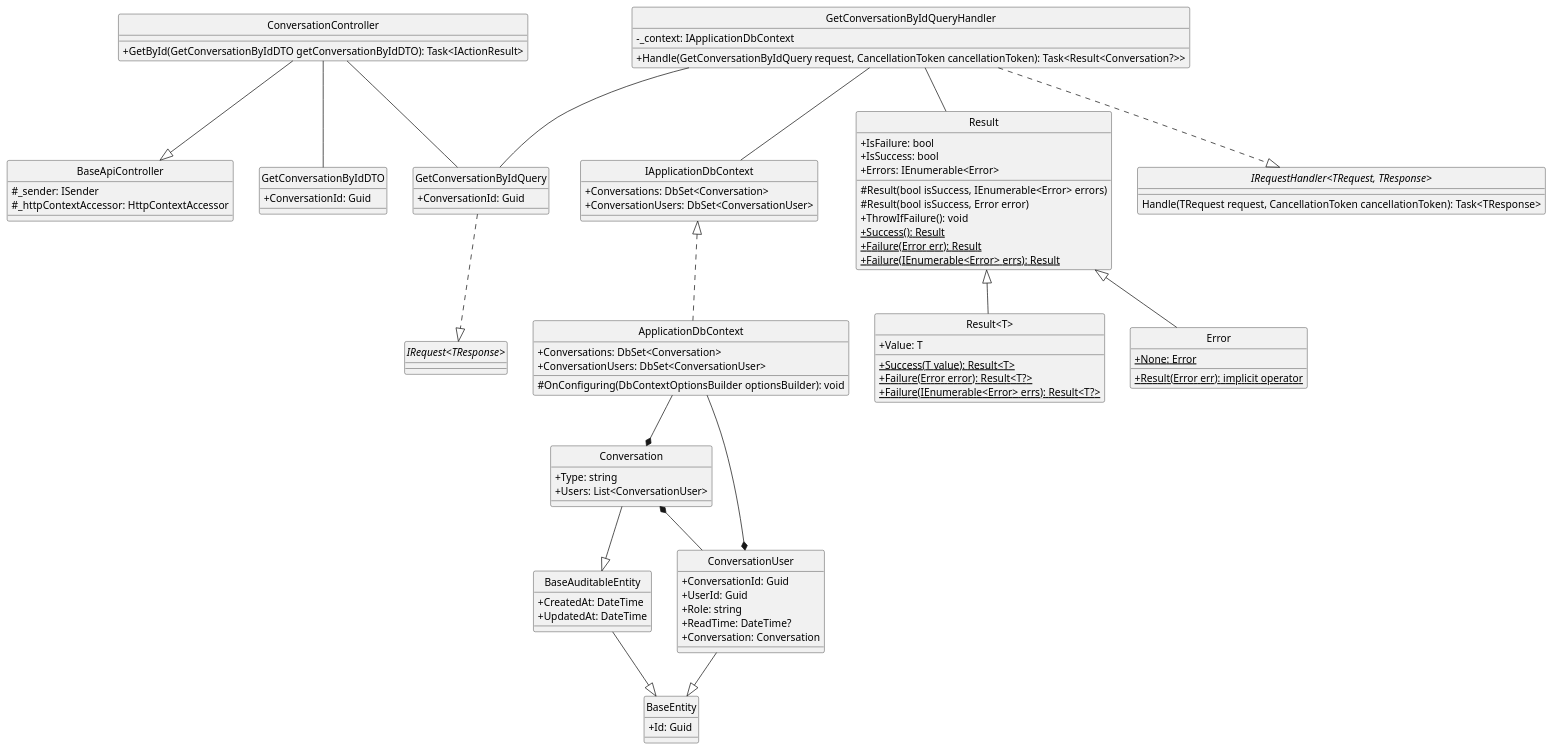
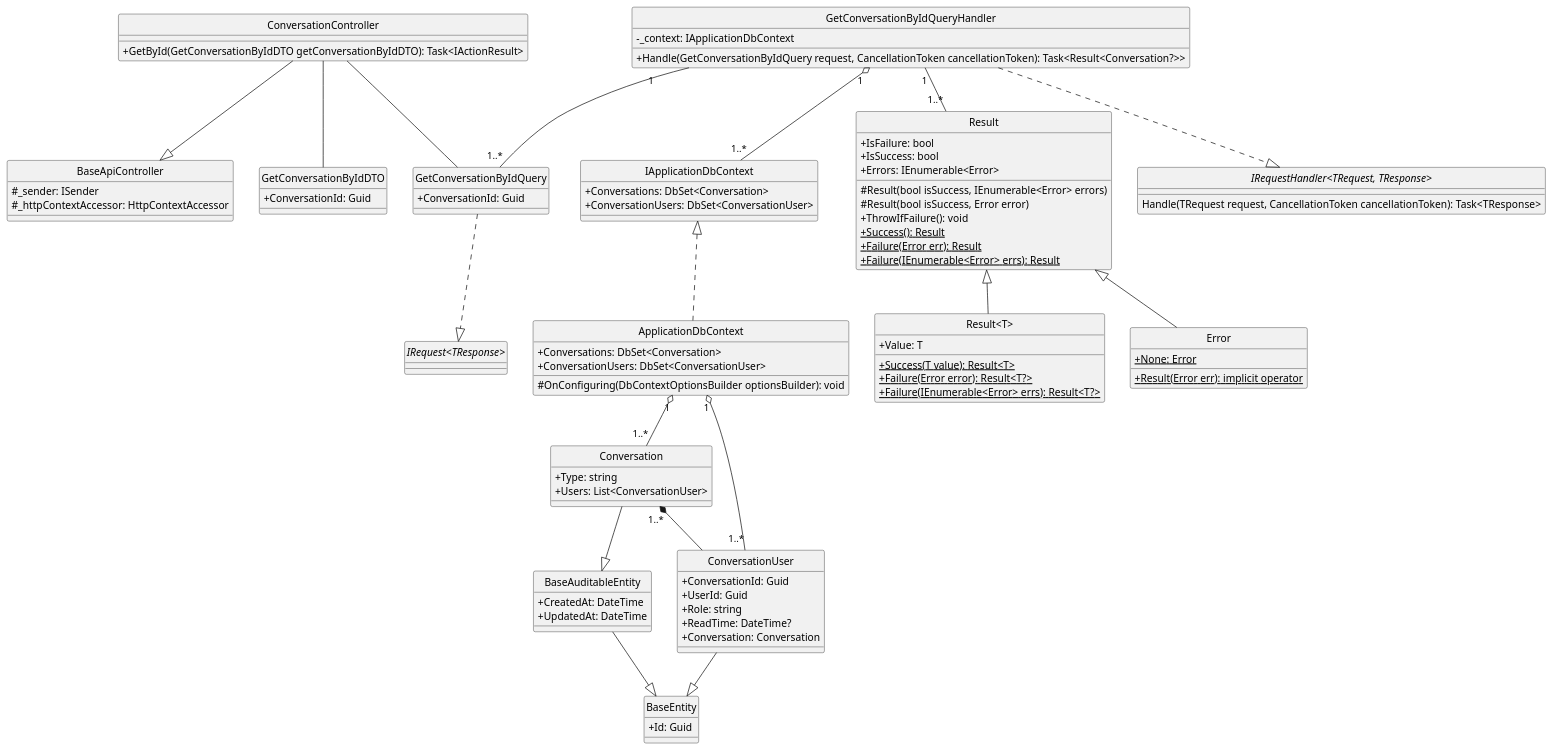
One commit to Carl-Johnsons/Chat-Application changed the diagram in docs/Class Diagram/Conversation/GetById/ClassDiagram.plantuml. Above: the diagram before and after it, drawn with PlantUML. The commit also changed 5 other files, not shown here.

```diff
--- a/docs/Class Diagram/Conversation/GetById/ClassDiagram.plantuml
+++ b/docs/Class Diagram/Conversation/GetById/ClassDiagram.plantuml
@@ -1,111 +1,111 @@
-@startuml getConversationById
+@startuml
 hide circle
 skinparam classAttributeIconSize 0
 
 class BaseApiController {
     #_sender: ISender
     #_httpContextAccessor: HttpContextAccessor 
 }
 
 class ConversationController {
     +GetById(GetConversationByIdDTO getConversationByIdDTO): Task<IActionResult>
 }
 
 class GetConversationByIdQuery {
     +ConversationId: Guid
 }
 
 class GetConversationByIdQueryHandler {
     -_context: IApplicationDbContext
     +Handle(GetConversationByIdQuery request, CancellationToken cancellationToken): Task<Result<Conversation?>> 
 }
 
 class IApplicationDbContext {
     +Conversations: DbSet<Conversation>
     +ConversationUsers: DbSet<ConversationUser>
 }
 
 class ApplicationDbContext {
     +Conversations: DbSet<Conversation>
     +ConversationUsers: DbSet<ConversationUser>
     #OnConfiguring(DbContextOptionsBuilder optionsBuilder): void
 }
 
 class Result {
     +IsFailure: bool
     +IsSuccess: bool
     +Errors: IEnumerable<Error>
     #Result(bool isSuccess, IEnumerable<Error> errors)
     #Result(bool isSuccess, Error error)
     +ThrowIfFailure(): void
     +{static} Success(): Result 
     +{static} Failure(Error err): Result
     +{static} Failure(IEnumerable<Error> errs): Result
 }
 
 class "Result<T>" {
     +Value: T
     +{static} Success(T value): Result<T>
     +{static} Failure(Error error): Result<T?>
     +{static} Failure(IEnumerable<Error> errs): Result<T?>
 }
 
 class Error {
     +{static} None: Error
     +{static} Result(Error err): implicit operator
 }
 
 class GetConversationByIdDTO {
     +ConversationId: Guid
 }
 
 class BaseEntity {
     +Id: Guid
 }
 
 class BaseAuditableEntity{
     +CreatedAt: DateTime
     +UpdatedAt: DateTime
 }
 
 class Conversation {
     +Type: string
     +Users: List<ConversationUser>
 }
 
 class ConversationUser {
     +ConversationId: Guid
     +UserId: Guid
     +Role: string 
     +ReadTime: DateTime?
     +Conversation: Conversation
 }
 
 interface "IRequest<TResponse>"
 interface "IRequestHandler<TRequest, TResponse>"{
     Handle(TRequest request, CancellationToken cancellationToken): Task<TResponse>
 }
 
 '==== Get Conversation By Id ====
 'API Layer
 ConversationController --|> BaseApiController
 ConversationController -- GetConversationByIdQuery
 ConversationController -- GetConversationByIdDTO
 'Application Layer
 GetConversationByIdQuery ..|> "IRequest<TResponse>"
 GetConversationByIdQueryHandler ..|> "IRequestHandler<TRequest, TResponse>"
-GetConversationByIdQueryHandler -- GetConversationByIdQuery
-GetConversationByIdQueryHandler -- Result
-GetConversationByIdQueryHandler -- IApplicationDbContext
+GetConversationByIdQueryHandler "1" --"1..*" GetConversationByIdQuery
+GetConversationByIdQueryHandler "1" --"1..*" Result
+GetConversationByIdQueryHandler "1" o--"1..*" IApplicationDbContext
 'Domain Layer
 Result <|-- Error
 Result <|-- "Result<T>"
 ConversationUser --|> BaseEntity
 Conversation --|> BaseAuditableEntity
-Conversation *-- ConversationUser
+Conversation "1..*"*-- ConversationUser
 BaseAuditableEntity --|>BaseEntity
 'Infrastructure Layer
 IApplicationDbContext <|.. ApplicationDbContext
-ApplicationDbContext --* ConversationUser
-ApplicationDbContext --* Conversation
+ApplicationDbContext "1" o--"1..*" ConversationUser
+ApplicationDbContext "1" o--"1..*" Conversation
 @enduml
```
